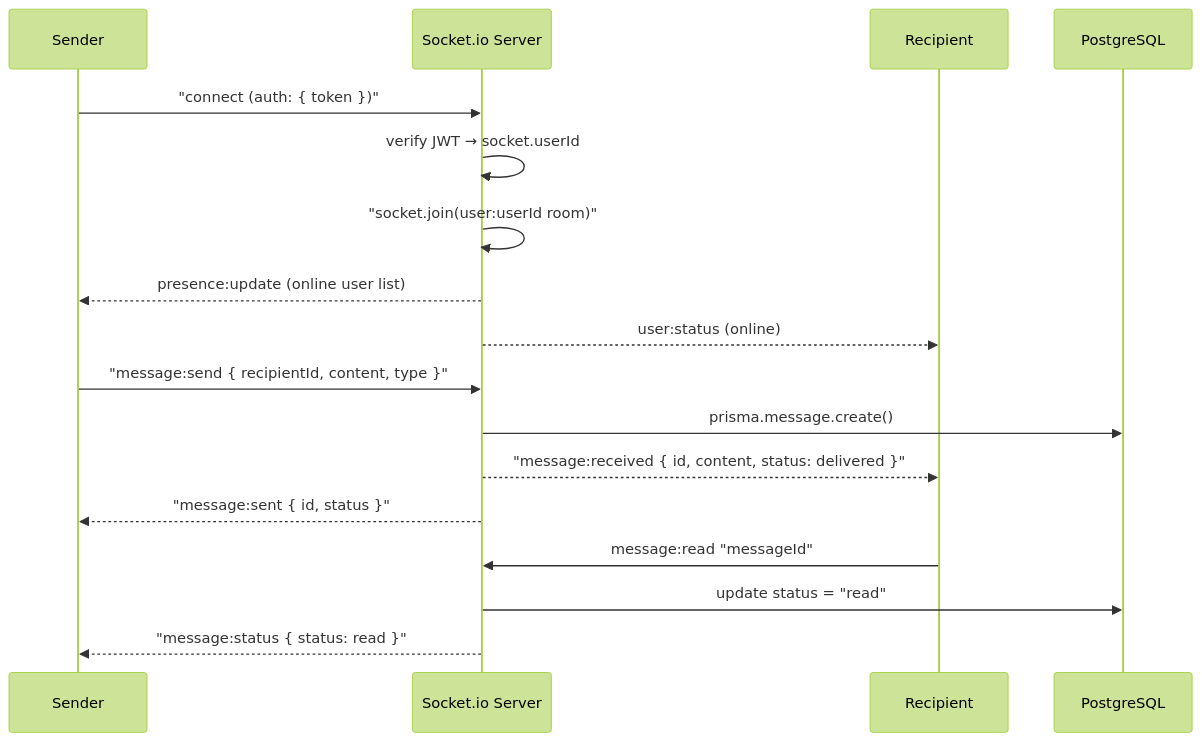
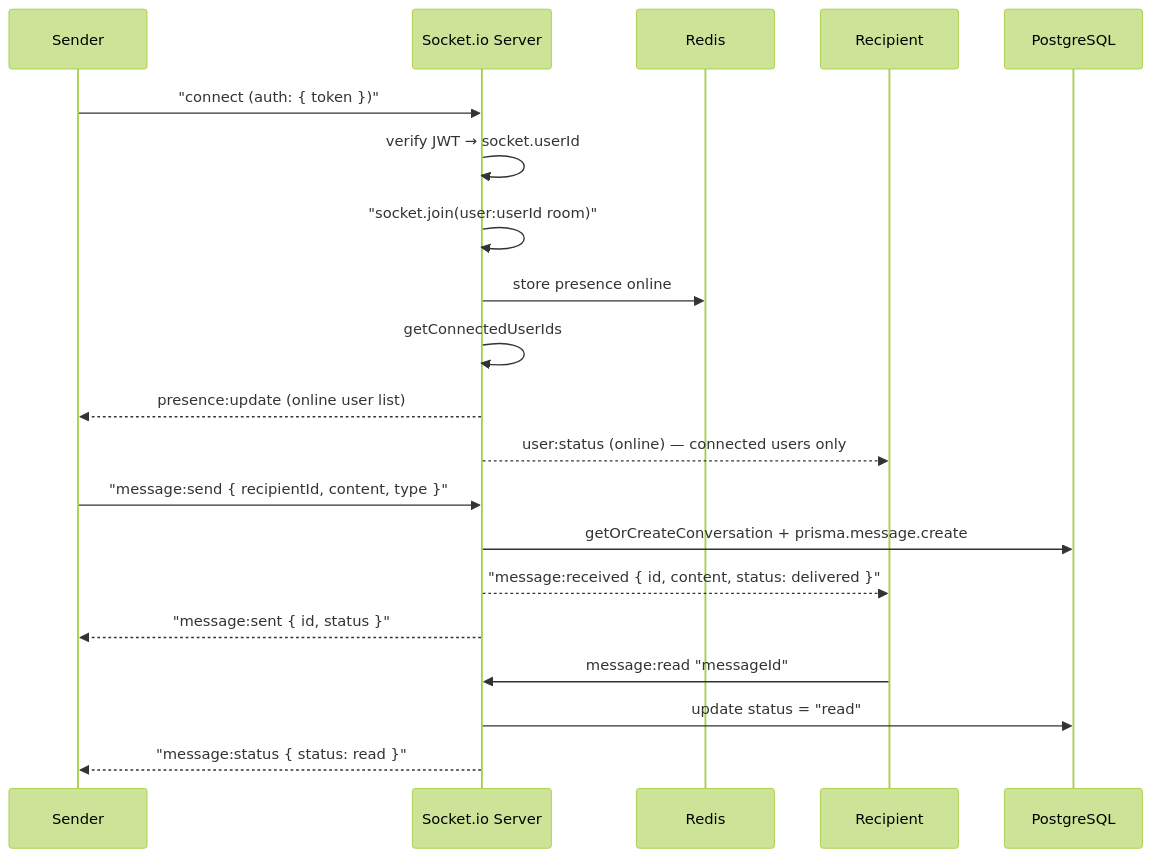
One commit to neofuture/chatr changed the third of 7 diagrams in Documentation/Architecture/index.md. Above: the diagram before and after it, drawn with Mermaid (forest theme). The commit also changed other lines of this file and 158 other files, not shown here.

````diff
--- a/Documentation/Architecture/index.md
+++ b/Documentation/Architecture/index.md
@@ -117,22 +117,25 @@
 ```mermaid
 sequenceDiagram
     participant S as Sender
     participant SV as Socket.io Server
+    participant RD as Redis
     participant R as Recipient
     participant DB as PostgreSQL
 
     S->>SV: "connect (auth: { token })"
     SV->>SV: verify JWT → socket.userId
     SV->>SV: "socket.join(user:userId room)"
+    SV->>RD: store presence online
+    SV->>SV: getConnectedUserIds
     SV-->>S: presence:update (online user list)
-    SV-->>R: user:status (online)
+    SV-->>R: user:status (online) — connected users only
 
     S->>SV: "message:send { recipientId, content, type }"
-    SV->>DB: prisma.message.create()
+    SV->>DB: getOrCreateConversation + prisma.message.create
     SV-->>R: "message:received { id, content, status: delivered }"
     SV-->>S: "message:sent { id, status }"
 
     R->>SV: message:read "messageId"
     SV->>DB: update status = "read"
     SV-->>S: "message:status { status: read }"
 ```
````
